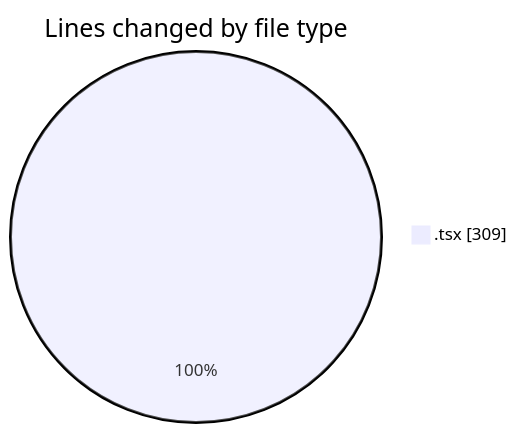
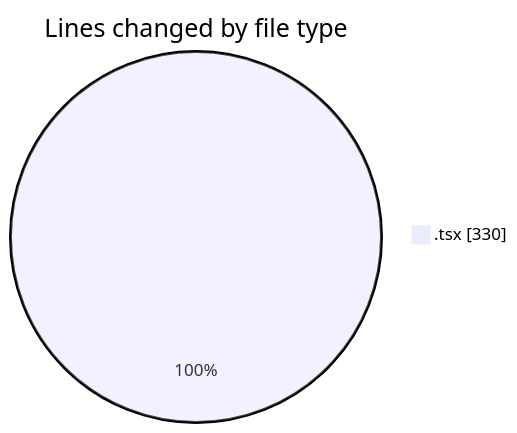
Before and after one commit to momahboobian/code-tracking: the first of 2 diagrams in 2025-11-26/cda/README.md, drawn with Mermaid. The commit also changed other lines of this file and 1 other file, not shown here.

````diff
--- a/2025-11-26/cda/README.md
+++ b/2025-11-26/cda/README.md
@@ -20,5 +20,5 @@
 ```mermaid
 pie showData
 title Lines changed by file type
-".tsx" : 309
+".tsx" : 330
 ```
````
